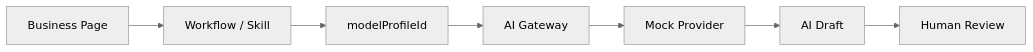
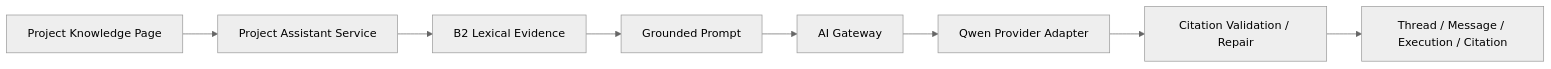
Before and after one commit to 27ruien/ProjectAI: the fourth of 4 diagrams in docs/ARCHITECTURE.md, drawn with Mermaid (neutral theme). The commit also changed other lines of this file and 71 other files, not shown here.

First line of the commit message:
Add grounded Qwen project assistant

````diff
--- a/docs/ARCHITECTURE.md
+++ b/docs/ARCHITECTURE.md
@@ -127,9 +131,10 @@
 ```mermaid
 flowchart LR
-  A["Business Page"] --> B["Workflow / Skill"]
-  B --> C["modelProfileId"]
-  C --> D["AI Gateway"]
-  D --> E["Mock Provider"]
-  E --> F["AI Draft"]
-  F --> G["Human Review"]
+  A["Project Knowledge Page"] --> B["Project Assistant Service"]
+  B --> C["B2 Lexical Evidence"]
+  C --> D["Grounded Prompt"]
+  D --> E["AI Gateway"]
+  E --> F["Qwen Provider Adapter"]
+  F --> G["Citation Validation / Repair"]
+  G --> H["Thread / Message / Execution / Citation"]
 ```
````
